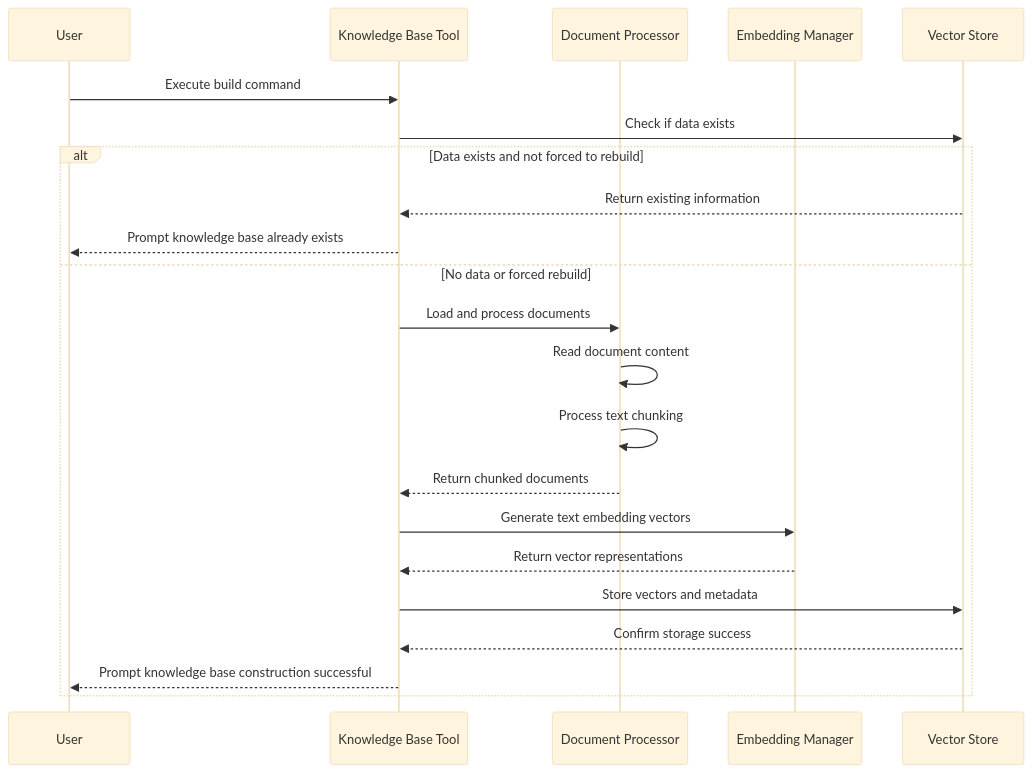
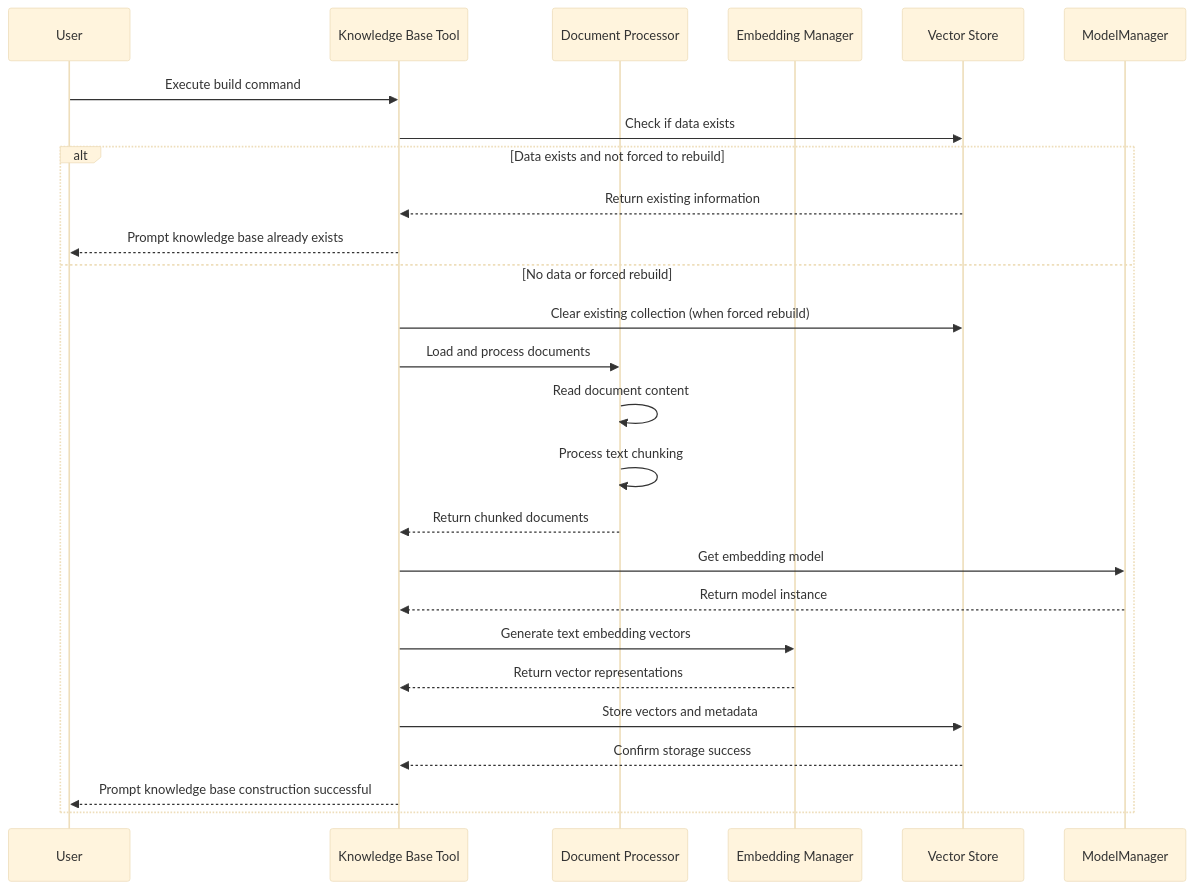
The first of 2 diagrams in docs/KnowledgeBaseSystemDocumentation.md (eogee/any4any), drawn with Mermaid (base theme) before and after one commit. The commit also changed other lines of this file and 3 other files, not shown here.

````diff
--- a/docs/KnowledgeBaseSystemDocumentation.md
+++ b/docs/KnowledgeBaseSystemDocumentation.md
@@ -33,25 +35,29 @@
 ```mermaid
 sequenceDiagram
     participant User as User
     participant Tool as Knowledge Base Tool
     participant DP as Document Processor
     participant EM as Embedding Manager
     participant VS as Vector Store
+    participant MM as ModelManager
 
     User->>Tool: Execute build command
     Tool->>VS: Check if data exists
     alt Data exists and not forced to rebuild
         VS-->>Tool: Return existing information
         Tool-->>User: Prompt knowledge base already exists
     else No data or forced rebuild
+        Tool->>VS: Clear existing collection (when forced rebuild)
         Tool->>DP: Load and process documents
         DP->>DP: Read document content
         DP->>DP: Process text chunking
         DP-->>Tool: Return chunked documents
+        Tool->>MM: Get embedding model
+        MM-->>Tool: Return model instance
         Tool->>EM: Generate text embedding vectors
         EM-->>Tool: Return vector representations
         Tool->>VS: Store vectors and metadata
         VS-->>Tool: Confirm storage success
         Tool-->>User: Prompt knowledge base construction successful
     end
 ```
````
